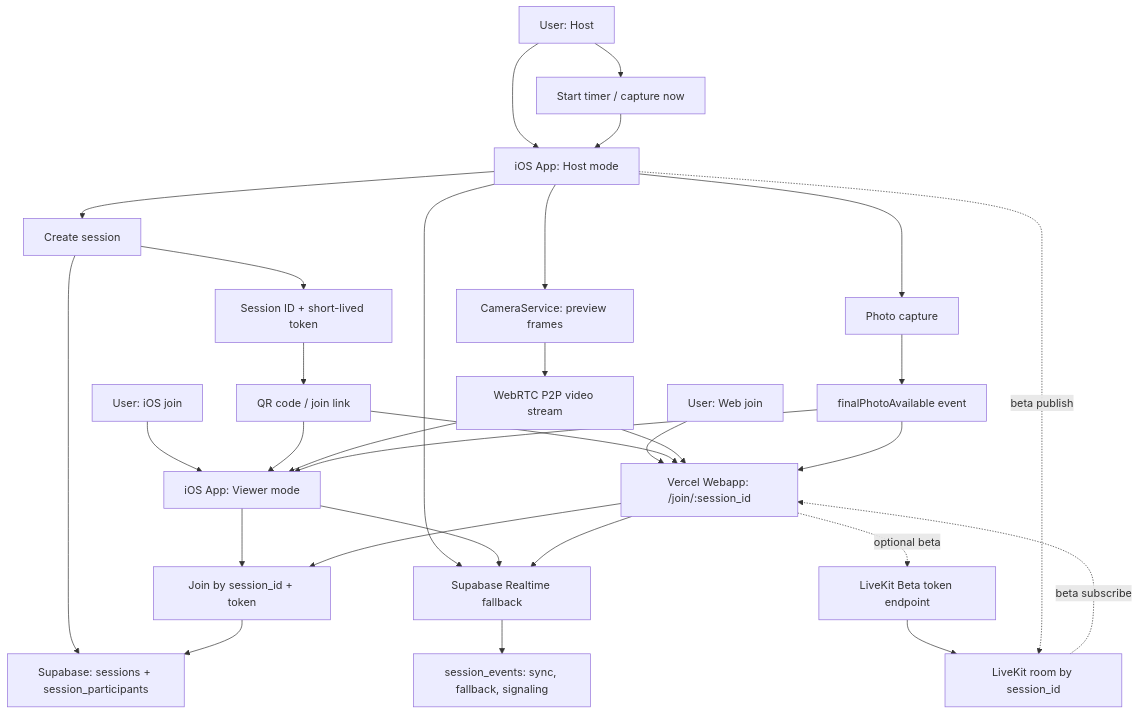
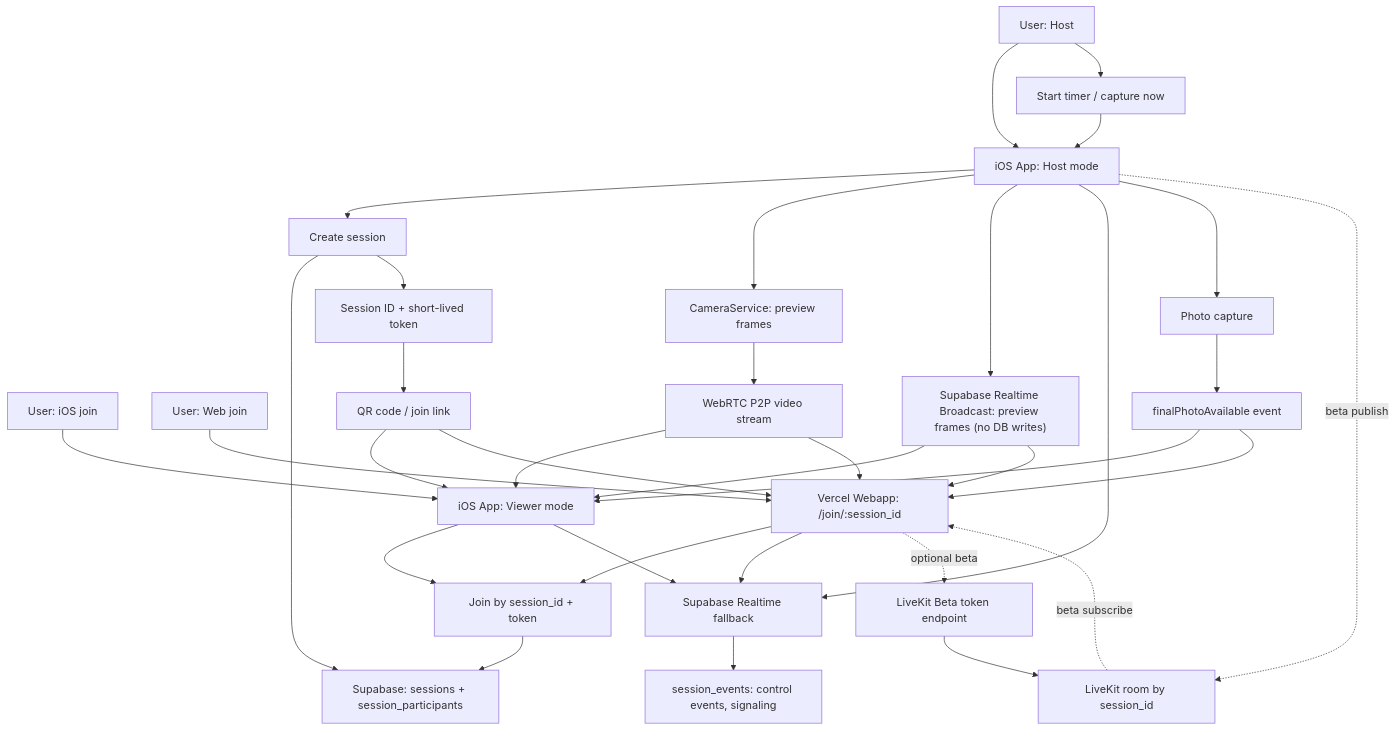
Before and after one commit to leopardcodeai/all-hands-on-deck: the diagram in docs/README.md, drawn with Mermaid. The commit also changed other lines of this file and 9 other files, not shown here.

````diff
--- a/docs/README.md
+++ b/docs/README.md
@@ -133,39 +133,43 @@
 ```mermaid
 flowchart TD
     HostUser["User: Host"] --> HostApp["iOS App: Host mode"]
     JoinUser["User: iOS join"] --> JoinApp["iOS App: Viewer mode"]
     WebUser["User: Web join"] --> WebApp["Vercel Webapp: /join/:session_id"]
 
     HostApp --> CreateSession["Create session"]
     CreateSession --> SupabaseSessions["Supabase: sessions + session_participants"]
     CreateSession --> SessionID["Session ID + short-lived token"]
     SessionID --> QRCode["QR code / join link"]
 
     QRCode --> JoinApp
     QRCode --> WebApp
     JoinApp --> JoinSession["Join by session_id + token"]
     WebApp --> JoinSession
     JoinSession --> SupabaseSessions
 
     HostApp --> Camera["CameraService: preview frames"]
     Camera --> P2PVideo["WebRTC P2P video stream"]
     P2PVideo --> JoinApp
     P2PVideo --> WebApp
 
+    HostApp --> Broadcast["Supabase Realtime Broadcast: preview frames (no DB writes)"]
+    Broadcast --> JoinApp
+    Broadcast --> WebApp
+
     HostApp --> Realtime["Supabase Realtime fallback"]
     JoinApp --> Realtime
     WebApp --> Realtime
-    Realtime --> SessionEvents["session_events: sync, fallback, signaling"]
+    Realtime --> SessionEvents["session_events: control events, signaling"]
 
     HostUser --> Capture["Start timer / capture now"]
     Capture --> HostApp
     HostApp --> Photo["Photo capture"]
     Photo --> PhotoBroadcast["finalPhotoAvailable event"]
     PhotoBroadcast --> JoinApp
     PhotoBroadcast --> WebApp
 
     WebApp -. optional beta .-> LiveKit["LiveKit Beta token endpoint"]
     LiveKit --> LiveRoom["LiveKit room by session_id"]
     HostApp -. beta publish .-> LiveRoom
     LiveRoom -. beta subscribe .-> WebApp
 ```
````
